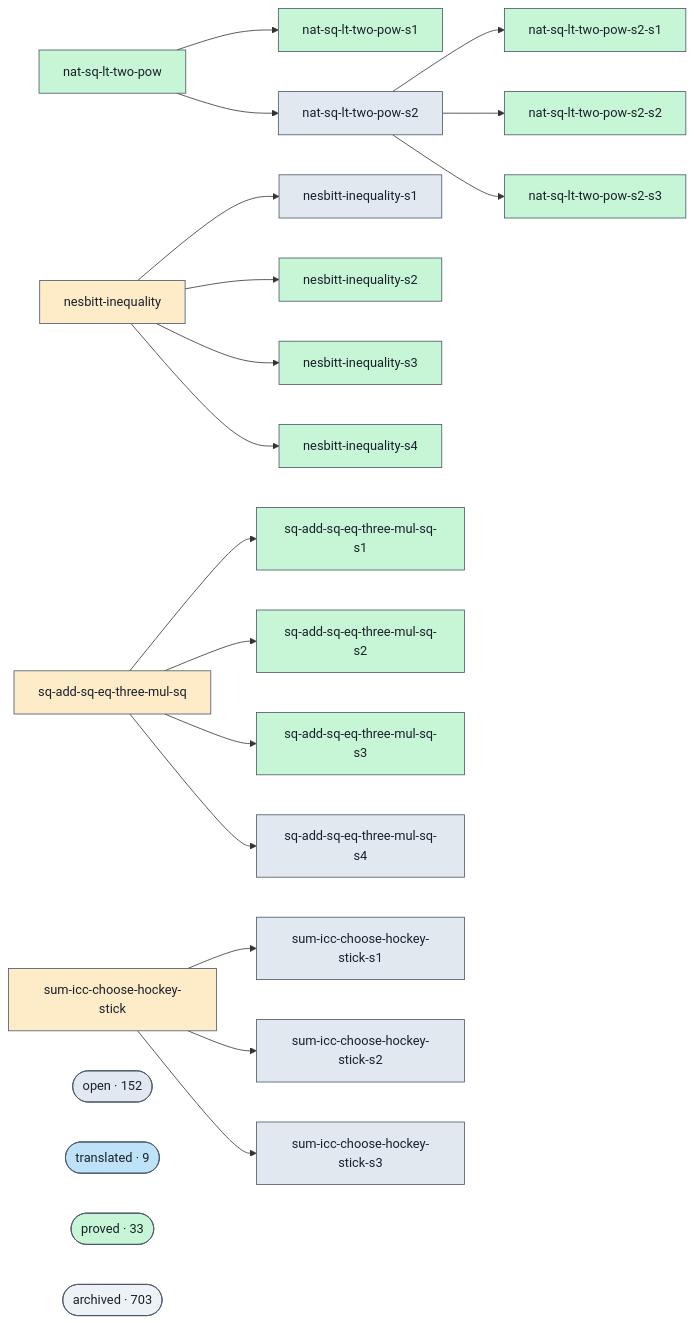
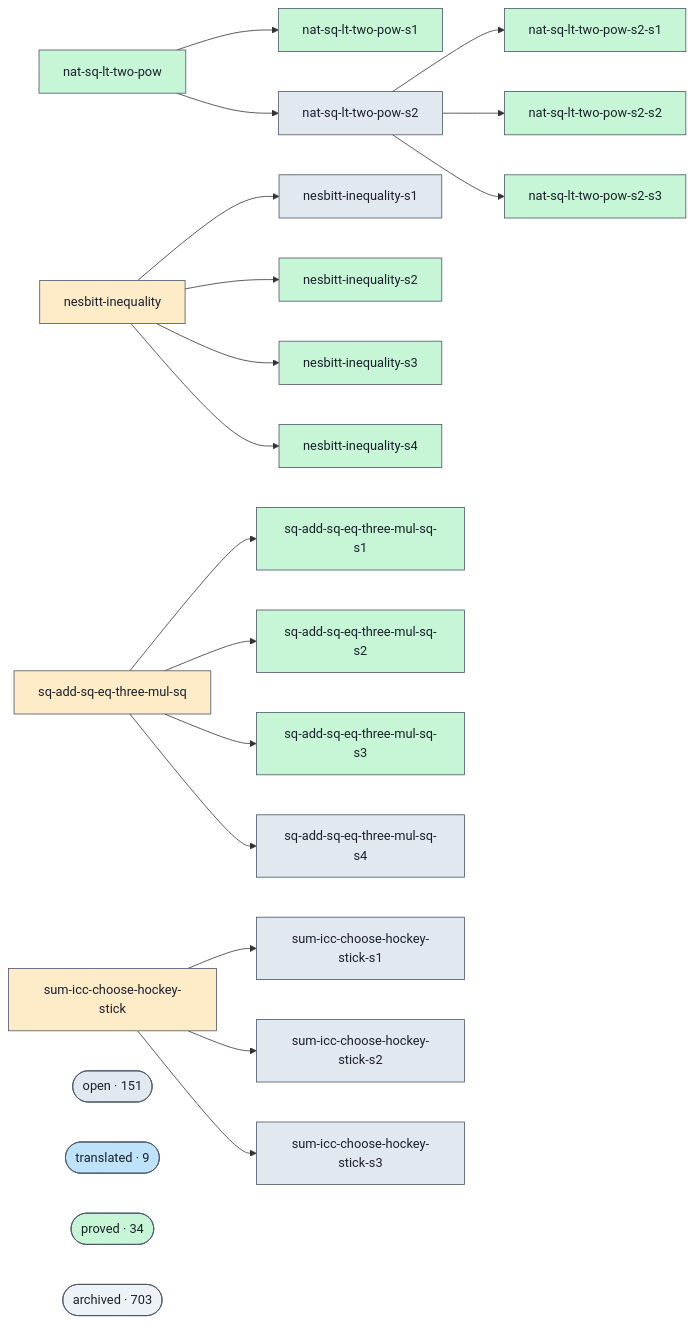
Before and after one commit to ohdearquant/unsorry: the diagram in docs/proofs-contributors-visualisation.md, drawn with Mermaid. The commit also changed other lines of this file and 2 other files, not shown here.

```diff
--- a/docs/proofs-contributors-visualisation.md
+++ b/docs/proofs-contributors-visualisation.md
@@ -98,11 +98,11 @@
   g_sum_icc_choose_hockey_stick --> g_sum_icc_choose_hockey_stick_s1
   g_sum_icc_choose_hockey_stick --> g_sum_icc_choose_hockey_stick_s2
   g_sum_icc_choose_hockey_stick --> g_sum_icc_choose_hockey_stick_s3
-  cluster_open(["open · 152"])
+  cluster_open(["open · 151"])
   class cluster_open open;
   cluster_translated(["translated · 9"])
   class cluster_translated translated;
-  cluster_proved(["proved · 33"])
+  cluster_proved(["proved · 34"])
   class cluster_proved proved;
   cluster_archived(["archived · 703"])
   class cluster_archived unknown;
```
